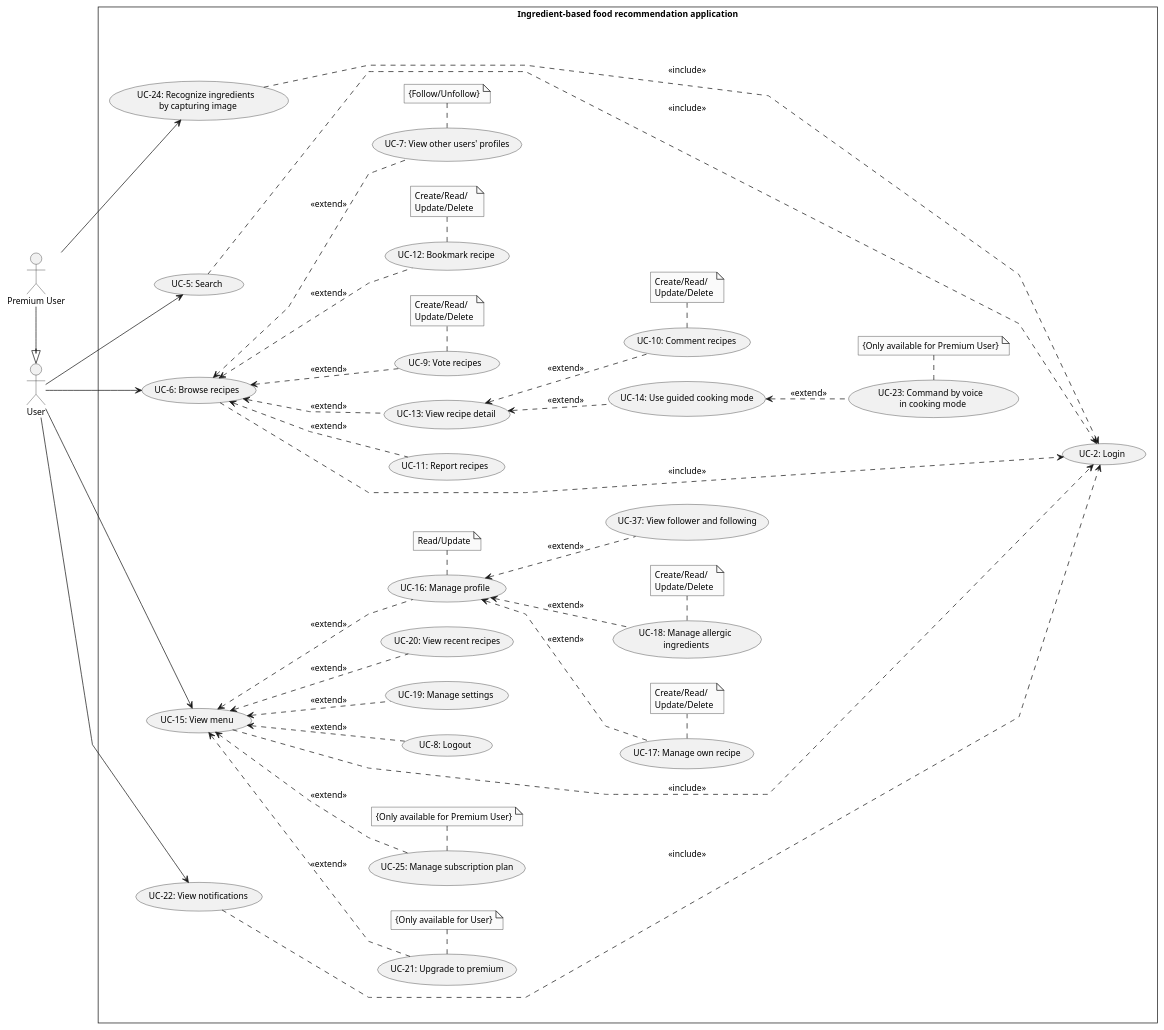
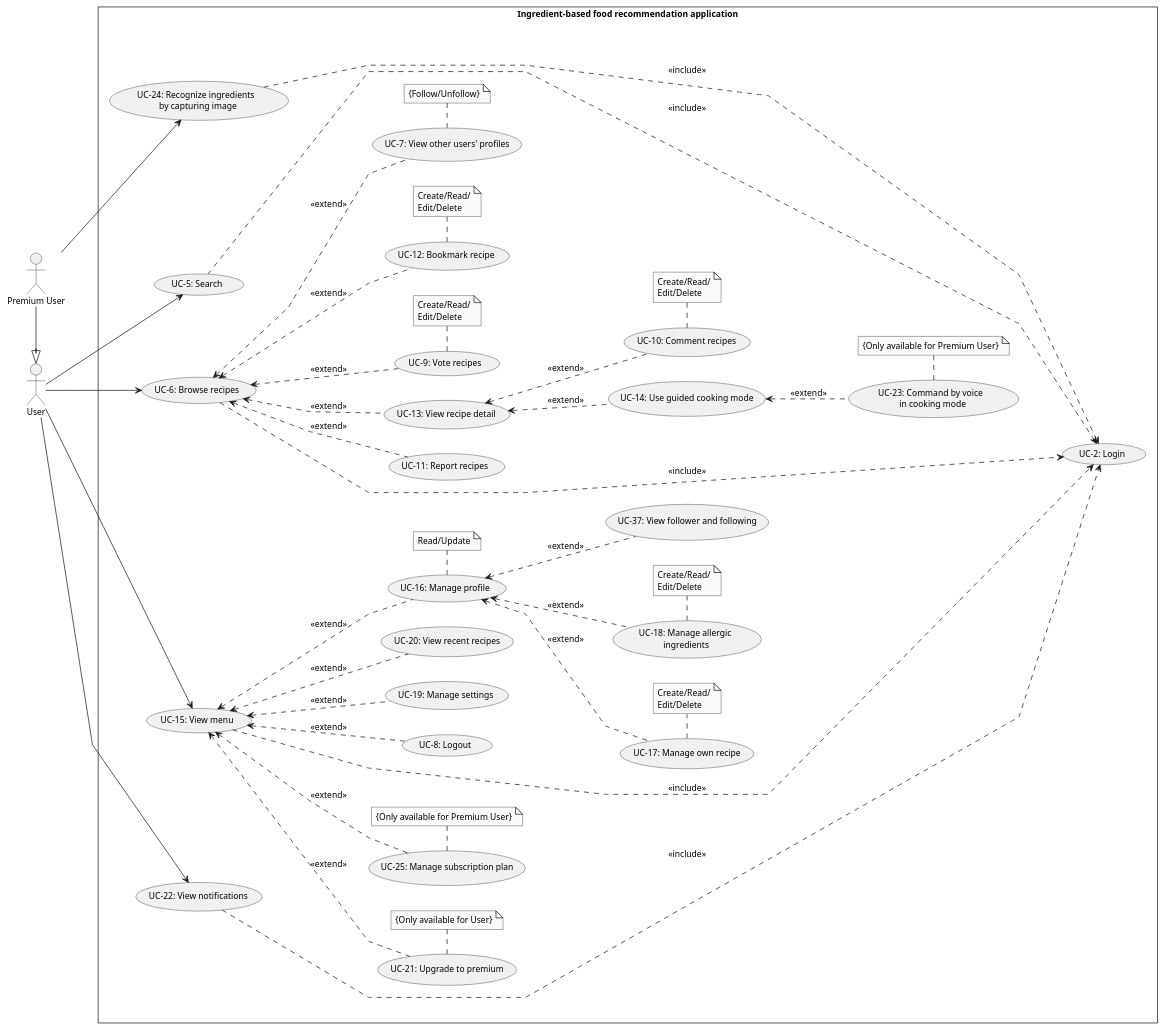
Before and after one commit to Carl-Johnsons/tastopia: the diagram in doc/SRS/Usecase/UserUsecase/UserUsecase.plantuml, drawn with PlantUML. The commit also changed 1 other file, not shown here.

Commit message:
be: change update to edit

```diff
--- a/doc/SRS/Usecase/UserUsecase/UserUsecase.plantuml
+++ b/doc/SRS/Usecase/UserUsecase/UserUsecase.plantuml
@@ -1,102 +1,102 @@
 @startuml UserUsecase
 skinparam style strictuml
 skinparam monochrome true
 skinparam linetype polyline
 skinparam defaultFontSize 12
 left to right direction
 actor "User" as user
 actor "Premium User" as pUser
 ' actor "Admin" as admin
 rectangle Ingredient-based<U+0020>food<U+0020>recommendation<U+0020>application {
     usecase "UC-2: Login" as ucLogin
     usecase "UC-8: Logout" as ucLogout
 
     usecase "UC-5: Search" as ucSearch
 
     usecase "UC-6: Browse recipes" as ucBrowseRecipes
     usecase "UC-9: Vote recipes" as ucVoteRecipe
     usecase "UC-10: Comment recipes" as ucCmtRecipe
     usecase "UC-11: Report recipes" as ucReportRecipe
     usecase "UC-12: Bookmark recipe" as ucBookmarkRecipe
     usecase "UC-13: View recipe detail" as ucViewRecipeDetail
     usecase "UC-14: Use guided cooking mode" as ucGuidedCCM
     usecase "UC-7: View other users' profiles" as ucViewUSProfile
 
     usecase "UC-15: View menu" as ucViewMenu
     usecase "UC-16: Manage profile" as ucManageProfile
     usecase "UC-17: Manage own recipe" as ucManageRecipe
     usecase "UC-18: Manage allergic\n ingredients" as ucManageAller
     usecase "UC-19: Manage settings" as ucManageSetting
     usecase "UC-20: View recent recipes" as ucViewRecentRecipes
     usecase "UC-21: Upgrade to premium" as ucUpgradeToPremium
 
     usecase "UC-22: View notifications" as ucViewNotif
     usecase "UC-37: View follower and following" as ucViewFollow
 
-    note "Create/Read/\nUpdate/Delete" as noteManageRecipe
-    note "Create/Read/\nUpdate/Delete" as noteManageAller
+    note "Create/Read/\nEdit/Delete" as noteManageRecipe
+    note "Create/Read/\nEdit/Delete" as noteManageAller
     note "Read/Update" as noteManageProfile
-    note "Create/Read/\nUpdate/Delete" as noteVoteRecipe
-    note "Create/Read/\nUpdate/Delete" as noteCmtRecipe
-    note "Create/Read/\nUpdate/Delete" as noteBookmarkRecipe
+    note "Create/Read/\nEdit/Delete" as noteVoteRecipe
+    note "Create/Read/\nEdit/Delete" as noteCmtRecipe
+    note "Create/Read/\nEdit/Delete" as noteBookmarkRecipe
     note "{Only available for User}" as noteUpgradeToPremium
     note "{Follow/Unfollow}" as noteViewUSProfile
 
     user --> ucSearch
 
     user --> ucBrowseRecipes
         ucBrowseRecipes <.. ucVoteRecipe : <<extend>>
             ucVoteRecipe . noteVoteRecipe
         ucBrowseRecipes <.. ucReportRecipe : <<extend>>
         ucBrowseRecipes <.. ucViewRecipeDetail : <<extend>>
             ucViewRecipeDetail <.. ucCmtRecipe : <<extend>>
                 ucCmtRecipe . noteCmtRecipe
             ucViewRecipeDetail <.. ucGuidedCCM : <<extend>>
         ucBrowseRecipes <.. ucBookmarkRecipe : <<extend>>
             ucBookmarkRecipe . noteBookmarkRecipe
         ucBrowseRecipes <.. ucViewUSProfile : <<extend>>
             ucViewUSProfile . noteViewUSProfile
 
     user --> ucViewMenu
         ucViewMenu <.. ucManageProfile : <<extend>>
             ucManageProfile . noteManageProfile
             ucManageProfile <.. ucManageRecipe : <<extend>>
             ucManageProfile <.. ucViewFollow : <<extend>>
                 ucManageRecipe . noteManageRecipe
             ucManageProfile <.. ucManageAller : <<extend>>
                 ucManageAller . noteManageAller
         ucViewMenu <.. ucManageSetting : <<extend>>
         ucViewMenu <.. ucViewRecentRecipes : <<extend>>
         ucViewMenu <.. ucUpgradeToPremium : <<extend>>
             ucUpgradeToPremium . noteUpgradeToPremium
         ucViewMenu <.. ucLogout : <<extend>>
 
     user --> ucViewNotif
 
     ucSearch .....> ucLogin : <<include>>
     ucBrowseRecipes .....> ucLogin : <<include>>
     ucViewMenu .....> ucLogin : <<include>>
     ucViewNotif .....>ucLogin : <<include>>
 
 
     usecase "UC-23: Command by voice \n in cooking mode" as ucCommandVoiceCCM
     usecase "UC-24: Recognize ingredients \n by capturing image" as ucRecognizeIngre
     usecase "UC-25: Manage subscription plan" as ucMngSubcriptPlan
     
 
     note "{Only available for Premium User}" as noteMngSubcriptPlan
     note "{Only available for Premium User}" as noteCommandVoiceCCM
 
 
     pUser -|> user
     pUser --> ucRecognizeIngre
     ucGuidedCCM <.. ucCommandVoiceCCM : <<extend>>
         ucCommandVoiceCCM . noteCommandVoiceCCM
     ucViewMenu <.. ucMngSubcriptPlan : <<extend>>
         ucMngSubcriptPlan . noteMngSubcriptPlan
 
     ucRecognizeIngre .....> ucLogin : <<include>>
 
 }
 
 @enduml
```
